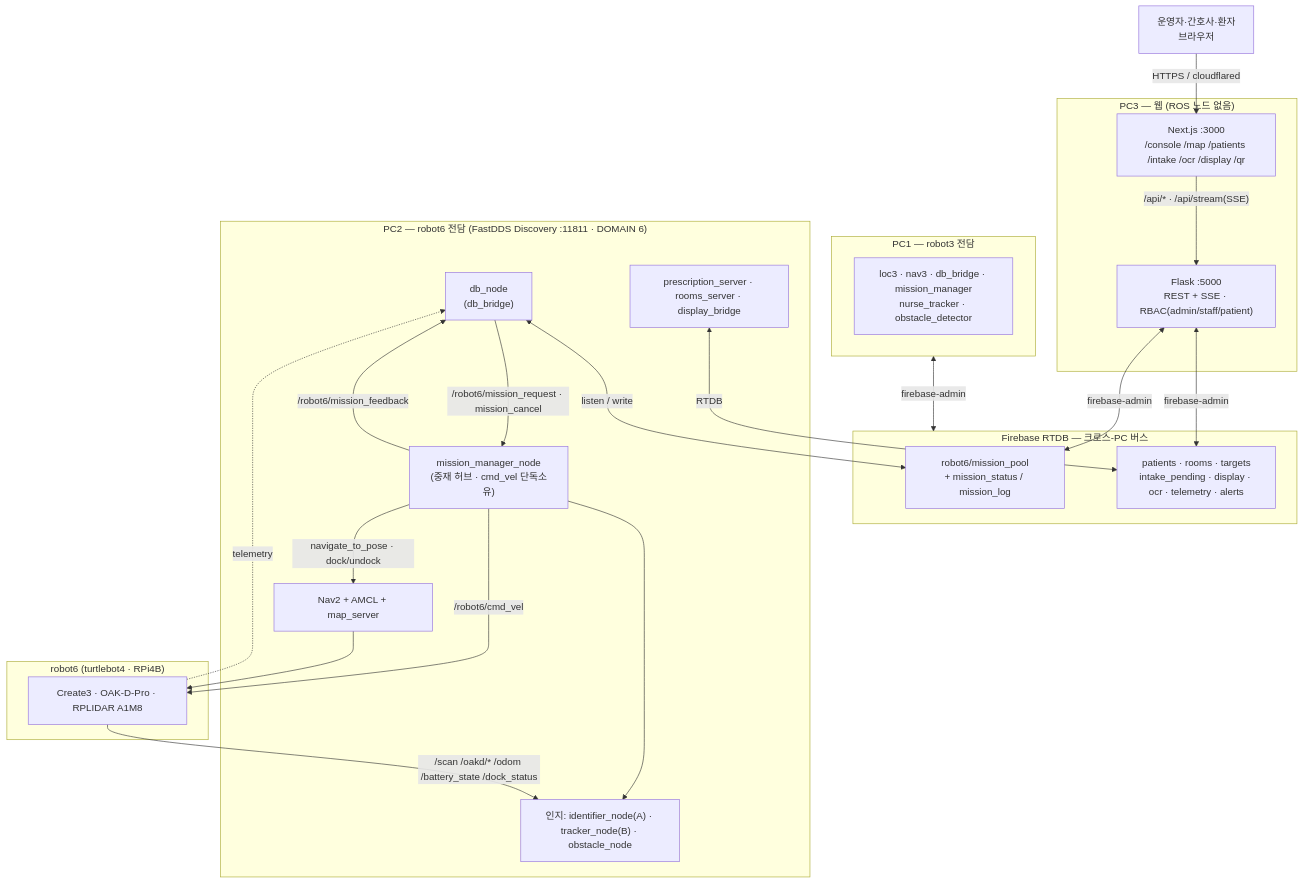
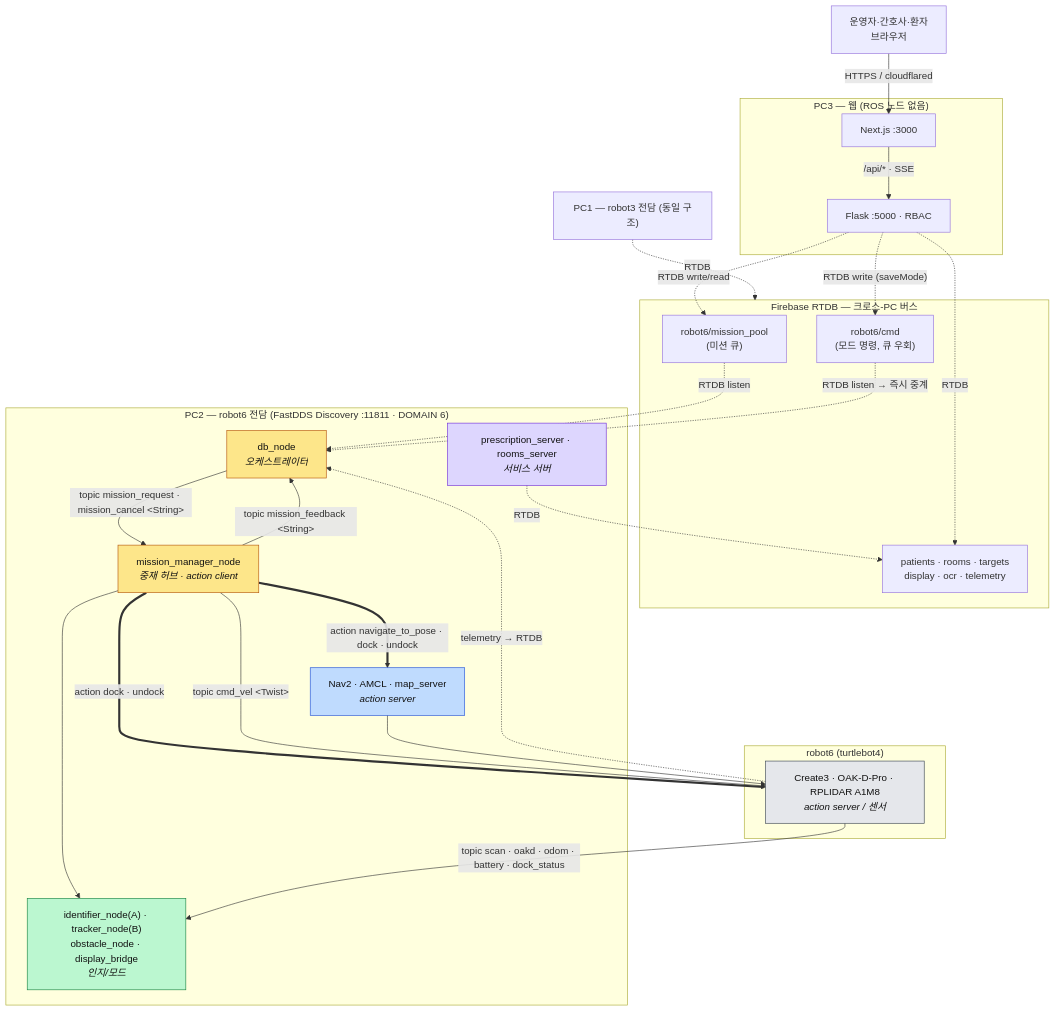
Before and after one commit to yevettee/MediCart: the second of 15 diagrams in docs/architecture/05_mermaid_architecture.md, drawn with Mermaid. The commit also changed other lines of this file, not shown here.

Commit message:
docs(arch): 노드 역할(발행/구독/서비스/액션) + 통신 종류(topic/srv/action) 주석 + 범례·시퀀스·노드역할표 + cmd 큐우회 경로

````diff
--- a/docs/architecture/05_mermaid_architecture.md
+++ b/docs/architecture/05_mermaid_architecture.md
@@ -12,45 +43,59 @@
 ```mermaid
 graph TD
   USER["운영자·간호사·환자<br/>브라우저"] -->|"HTTPS / cloudflared"| FE
 
   subgraph PC3["PC3 — 웹 (ROS 노드 없음)"]
-    FE["Next.js :3000<br/>/console /map /patients /intake /ocr /display /qr"]
-    BE["Flask :5000<br/>REST + SSE · RBAC(admin/staff/patient)"]
-    FE -->|"/api/* · /api/stream(SSE)"| BE
+    FE["Next.js :3000"]
+    BE["Flask :5000 · RBAC"]
+    FE -->|"/api/* · SSE"| BE
   end
 
   subgraph FB["Firebase RTDB — 크로스-PC 버스"]
-    POOL["robot6/mission_pool<br/>+ mission_status / mission_log"]
-    DATA["patients · rooms · targets<br/>intake_pending · display · ocr · telemetry · alerts"]
-  end
-
-  subgraph PC1["PC1 — robot3 전담"]
-    R3["loc3 · nav3 · db_bridge · mission_manager<br/>nurse_tracker · obstacle_detector"]
+    POOL["robot6/mission_pool<br/>(미션 큐)"]
+    CMD["robot6/cmd<br/>(모드 명령, 큐 우회)"]
+    DATA["patients · rooms · targets<br/>display · ocr · telemetry"]
   end
 
   subgraph PC2["PC2 — robot6 전담 (FastDDS Discovery :11811 · DOMAIN 6)"]
-    DB["db_node<br/>(db_bridge)"]
-    MM["mission_manager_node<br/>(중재 허브 · cmd_vel 단독소유)"]
-    SRV["prescription_server · rooms_server · display_bridge"]
-    PERC["인지: identifier_node(A) · tracker_node(B) · obstacle_node"]
-    NAV["Nav2 + AMCL + map_server"]
+    DB["db_node<br/><i>오케스트레이터</i>"]
+    MM["mission_manager_node<br/><i>중재 허브 · action client</i>"]
+    SRV["prescription_server · rooms_server<br/><i>서비스 서버</i>"]
+    PERC["identifier_node(A) · tracker_node(B)<br/>obstacle_node · display_bridge<br/><i>인지/모드</i>"]
+    NAV["Nav2 · AMCL · map_server<br/><i>action server</i>"]
   end
 
-  subgraph AMR["robot6 (turtlebot4 · RPi4B)"]
-    HW["Create3 · OAK-D-Pro · RPLIDAR A1M8"]
+  subgraph AMR["robot6 (turtlebot4)"]
+    HW["Create3 · OAK-D-Pro · RPLIDAR A1M8<br/><i>action server / 센서</i>"]
   end
 
-  BE <-->|"firebase-admin"| POOL
-  BE <-->|"firebase-admin"| DATA
-  DB <-->|"listen / write"| POOL
-  DB -->|"/robot6/mission_request · mission_cancel"| MM
-  MM -->|"/robot6/mission_feedback"| DB
-  SRV <-->|"RTDB"| DATA
+  PC1["PC1 — robot3 전담 (동일 구조)"]
+
+  BE -.->|"RTDB write/read"| POOL
+  BE -.->|"RTDB write (saveMode)"| CMD
+  BE -.->|"RTDB"| DATA
+  POOL -.->|"RTDB listen"| DB
+  CMD -.->|"RTDB listen → 즉시 중계"| DB
+  DB -->|"topic mission_request · mission_cancel &lt;String&gt;"| MM
+  MM -->|"topic mission_feedback &lt;String&gt;"| DB
+  MM ==>|"action navigate_to_pose · dock · undock"| NAV
+  MM ==>|"action dock · undock"| HW
+  MM -->|"topic cmd_vel &lt;Twist&gt;"| HW
   MM --> PERC
-  MM -->|"navigate_to_pose · dock/undock"| NAV
-  MM -->|"/robot6/cmd_vel"| HW
+  SRV -.->|"RTDB"| DATA
   NAV --> HW
-  HW -->|"/scan /oakd/* /odom /battery_state /dock_status"| PERC
-  HW -. "telemetry" .-> DB
-  PC1 <-->|"firebase-admin"| FB
+  HW -->|"topic scan · oakd · odom · battery · dock_status"| PERC
+  HW -.->|"telemetry → RTDB"| DB
+  PC1 -.->|"RTDB"| FB
+
+  classDef orch fill:#fde68a,stroke:#b45309,color:#111
+  classDef srv fill:#ddd6fe,stroke:#6d28d9,color:#111
+  classDef app fill:#bbf7d0,stroke:#15803d,color:#111
+  classDef nav fill:#bfdbfe,stroke:#1d4ed8,color:#111
+  classDef hw fill:#e5e7eb,stroke:#374151,color:#111
+  class DB orch
+  class MM orch
+  class SRV srv
+  class PERC app
+  class NAV nav
+  class HW hw
 ```
````
